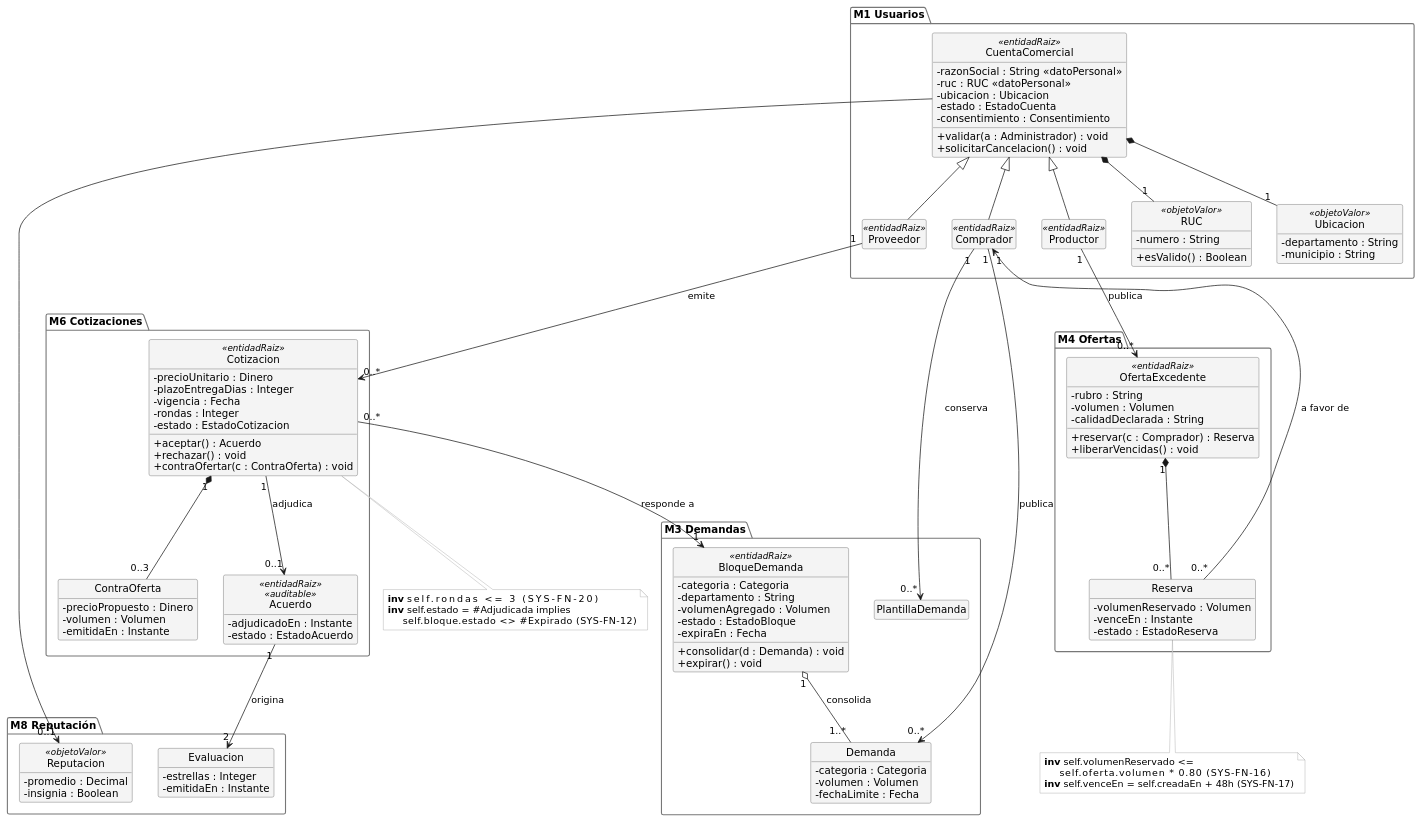
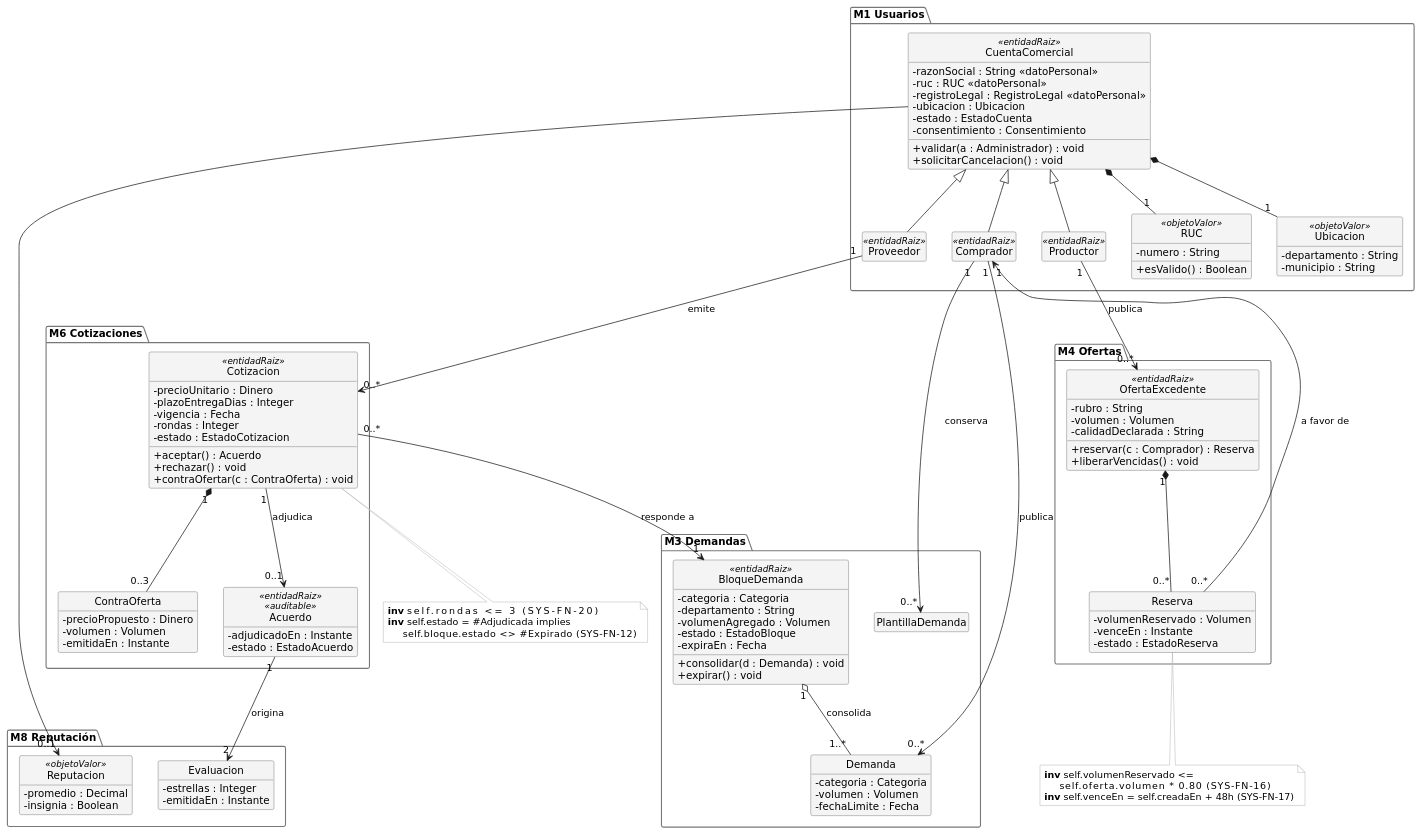
The diagram in docs/modelos/MD-01-clases.puml (PedroMG2023/abasteceni), drawn with PlantUML before and after one commit. The commit also changed 3 other files, not shown here.

First line of the commit message:
docs(evidencia): aprueba DIS-26, DIS-27 y DIS-32, añade registroLegal a MD-01 y registra DIS-35 [DIS-26] [DIS-27] [DIS-32] [DIS-35] [SYS-FN-02] [SYS-FN-03]

```diff
--- a/docs/modelos/MD-01-clases.puml
+++ b/docs/modelos/MD-01-clases.puml
@@ -1,149 +1,152 @@
 @startuml MD-01-clases
 ' MD-01 — Modelo de clases del dominio (D5 §2.12.1)
 ' Pregunta: ¿qué conceptos del dominio existen, qué atributos y operaciones
 ' les corresponden, cómo se relacionan y qué invariantes cumplen?
 ' Punto de vista rector: PV-01, con aportación de PV-03 (dato personal).
 ' Perfil: solo estereotipos del Anexo B de D5 (DML-02). Las entidades internas
 ' de un agregado no llevan estereotipo: solo la raíz es referenciable desde
 ' otro módulo (restricción R2). «datoPersonal» se aplica a atributos (Property),
 ' no a la clase (D5 §2.12.1, INC-16).
 ' Trazabilidad: M1, M3, M4, M6, M8; SYS-FN-01, 02, 09, 11, 14, 16, 17, 18,
 ' 19, 20, 27 y 30. Dieciséis clases en cinco paquetes de módulo.
+' DIS-32 (aprobada): «registroLegal» realiza SYS-FN-02 (clave en el almacén de
+' documentos y tipo de contenido). Pendiente de reflejarse en D5 v1.2.
 
 skinparam shadowing false
 skinparam classAttributeIconSize 0
 skinparam defaultFontName "DejaVu Sans"
 skinparam class {
   BackgroundColor #F4F4F4
   BorderColor #555555
 }
 skinparam package {
   BorderColor #777777
 }
 skinparam note {
   BackgroundColor #FFFFFF
   BorderColor #999999
 }
 hide circle
 hide empty members
 
 package "M1 Usuarios" {
   class CuentaComercial <<entidadRaiz>> {
     - razonSocial : String <<datoPersonal>>
     - ruc : RUC <<datoPersonal>>
+    - registroLegal : RegistroLegal <<datoPersonal>>
     - ubicacion : Ubicacion
     - estado : EstadoCuenta
     - consentimiento : Consentimiento
     + validar(a : Administrador) : void
     + solicitarCancelacion() : void
   }
   class Productor <<entidadRaiz>>
   class Comprador <<entidadRaiz>>
   class Proveedor <<entidadRaiz>>
   class RUC <<objetoValor>> {
     - numero : String
     + esValido() : Boolean
   }
   class Ubicacion <<objetoValor>> {
     - departamento : String
     - municipio : String
   }
   CuentaComercial <|-- Productor
   CuentaComercial <|-- Comprador
   CuentaComercial <|-- Proveedor
   CuentaComercial *-- "1" RUC
   CuentaComercial *-- "1" Ubicacion
 }
 
 package "M3 Demandas" {
   class PlantillaDemanda
   class BloqueDemanda <<entidadRaiz>> {
     - categoria : Categoria
     - departamento : String
     - volumenAgregado : Volumen
     - estado : EstadoBloque
     - expiraEn : Fecha
     + consolidar(d : Demanda) : void
     + expirar() : void
   }
   class Demanda {
     - categoria : Categoria
     - volumen : Volumen
     - fechaLimite : Fecha
   }
   BloqueDemanda "1" o-- "1..*" Demanda : consolida
 }
 
 package "M4 Ofertas" {
   class OfertaExcedente <<entidadRaiz>> {
     - rubro : String
     - volumen : Volumen
     - calidadDeclarada : String
     + reservar(c : Comprador) : Reserva
     + liberarVencidas() : void
   }
   class Reserva {
     - volumenReservado : Volumen
     - venceEn : Instante
     - estado : EstadoReserva
   }
   OfertaExcedente "1" *-- "0..*" Reserva
 }
 
 package "M6 Cotizaciones" {
   class Cotizacion <<entidadRaiz>> {
     - precioUnitario : Dinero
     - plazoEntregaDias : Integer
     - vigencia : Fecha
     - rondas : Integer
     - estado : EstadoCotizacion
     + aceptar() : Acuerdo
     + rechazar() : void
     + contraOfertar(c : ContraOferta) : void
   }
   class ContraOferta {
     - precioPropuesto : Dinero
     - volumen : Volumen
     - emitidaEn : Instante
   }
   class Acuerdo <<entidadRaiz>> <<auditable>> {
     - adjudicadoEn : Instante
     - estado : EstadoAcuerdo
   }
   Cotizacion "1" *-- "0..3" ContraOferta
   Cotizacion "1" --> "0..1" Acuerdo : adjudica
 }
 
 package "M8 Reputación" {
   class Evaluacion {
     - estrellas : Integer
     - emitidaEn : Instante
   }
   class Reputacion <<objetoValor>> {
     - promedio : Decimal
     - insignia : Boolean
   }
 }
 
 Productor "1" --> "0..*" OfertaExcedente : publica
 Comprador "1" --> "0..*" PlantillaDemanda : conserva
 Comprador "1" --> "0..*" Demanda : publica
 Reserva "0..*" --> "1" Comprador : a favor de
 Proveedor "1" --> "0..*" Cotizacion : emite
 Cotizacion "0..*" --> "1" BloqueDemanda : responde a
 Acuerdo "1" --> "2" Evaluacion : origina
 CuentaComercial --> "0..1" Reputacion
 
 note bottom of Cotizacion
   <b>inv</b> self.rondas <= 3                  (SYS-FN-20)
   <b>inv</b> self.estado = #Adjudicada implies
        self.bloque.estado <> #Expirado      (SYS-FN-12)
 end note
 
 note bottom of Reserva
   <b>inv</b> self.volumenReservado <=
        self.oferta.volumen * 0.80          (SYS-FN-16)
   <b>inv</b> self.venceEn = self.creadaEn + 48h (SYS-FN-17)
 end note
 
 @enduml
```
